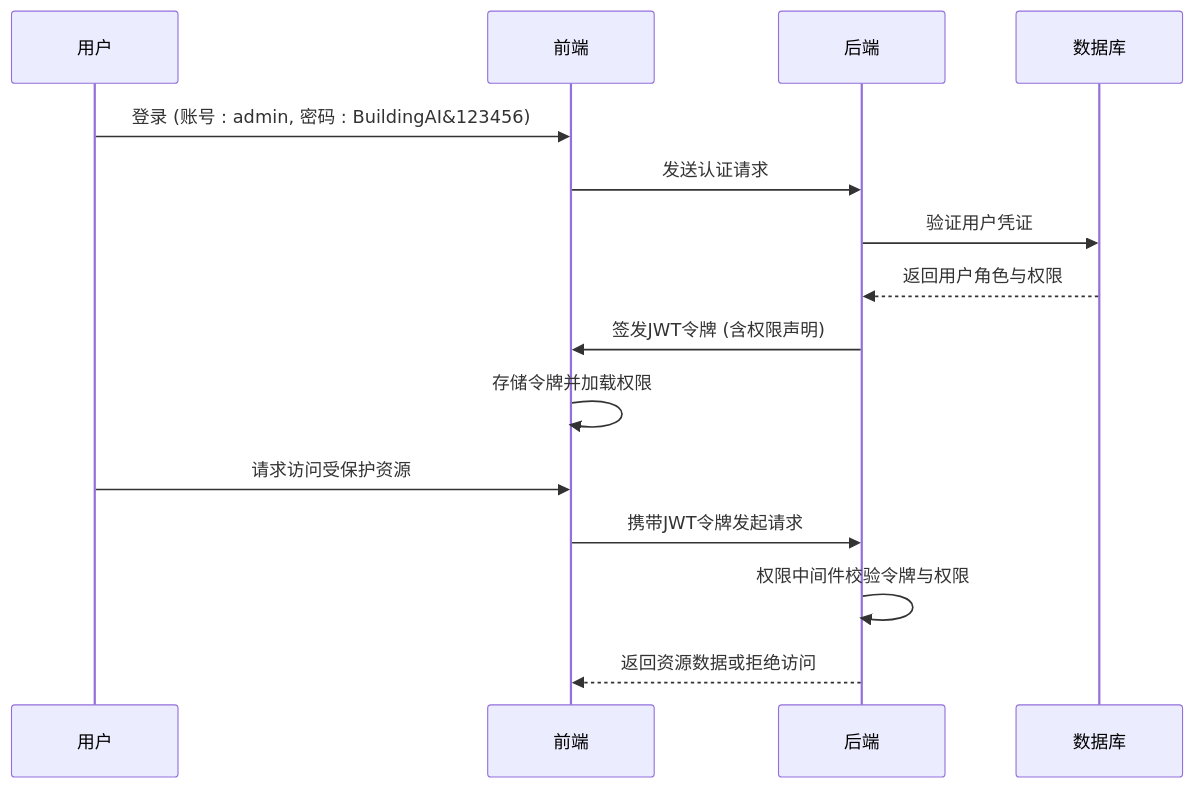
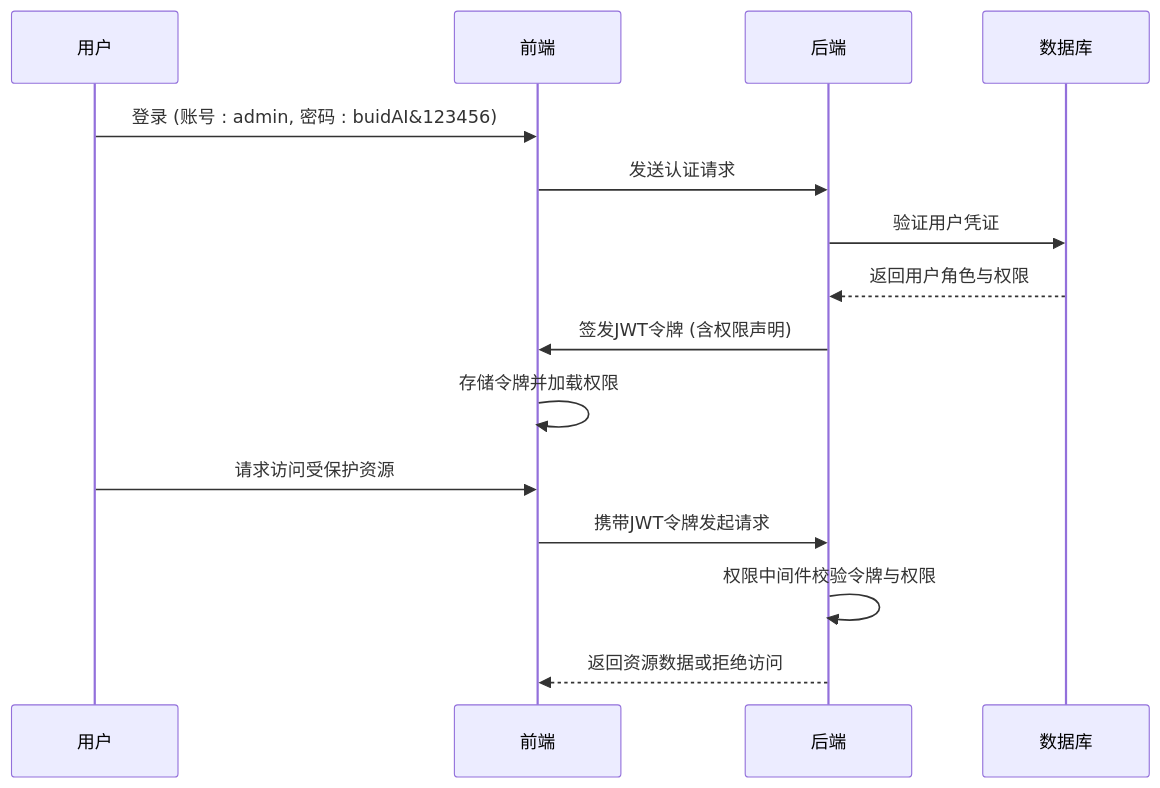
Before and after one commit to lllyyysss77/buidai: the first of 2 diagrams in .qoder/repowiki/zh/content/核心功能/行业场景解决方案/企业级组织管理模块/权限模型设计.md, drawn with Mermaid. The commit also changed other lines of this file and 141 other files, not shown here.

````diff
--- a/.qoder/repowiki/zh/content/核心功能/行业场景解决方案/企业级组织管理模块/权限模型设计.md
+++ b/.qoder/repowiki/zh/content/核心功能/行业场景解决方案/企业级组织管理模块/权限模型设计.md
@@ -48,17 +48,17 @@
 ```mermaid
 sequenceDiagram
 participant 用户
 participant 前端
 participant 后端
 participant 数据库
-用户->>前端 : 登录 (账号 : admin, 密码 : BuildingAI&123456)
+用户->>前端 : 登录 (账号 : admin, 密码 : buidAI&123456)
 前端->>后端 : 发送认证请求
 后端->>数据库 : 验证用户凭证
 数据库-->>后端 : 返回用户角色与权限
 后端->>前端 : 签发JWT令牌 (含权限声明)
 前端->>前端 : 存储令牌并加载权限
 用户->>前端 : 请求访问受保护资源
 前端->>后端 : 携带JWT令牌发起请求
 后端->>后端 : 权限中间件校验令牌与权限
 后端-->>前端 : 返回资源数据或拒绝访问
 ```
````
